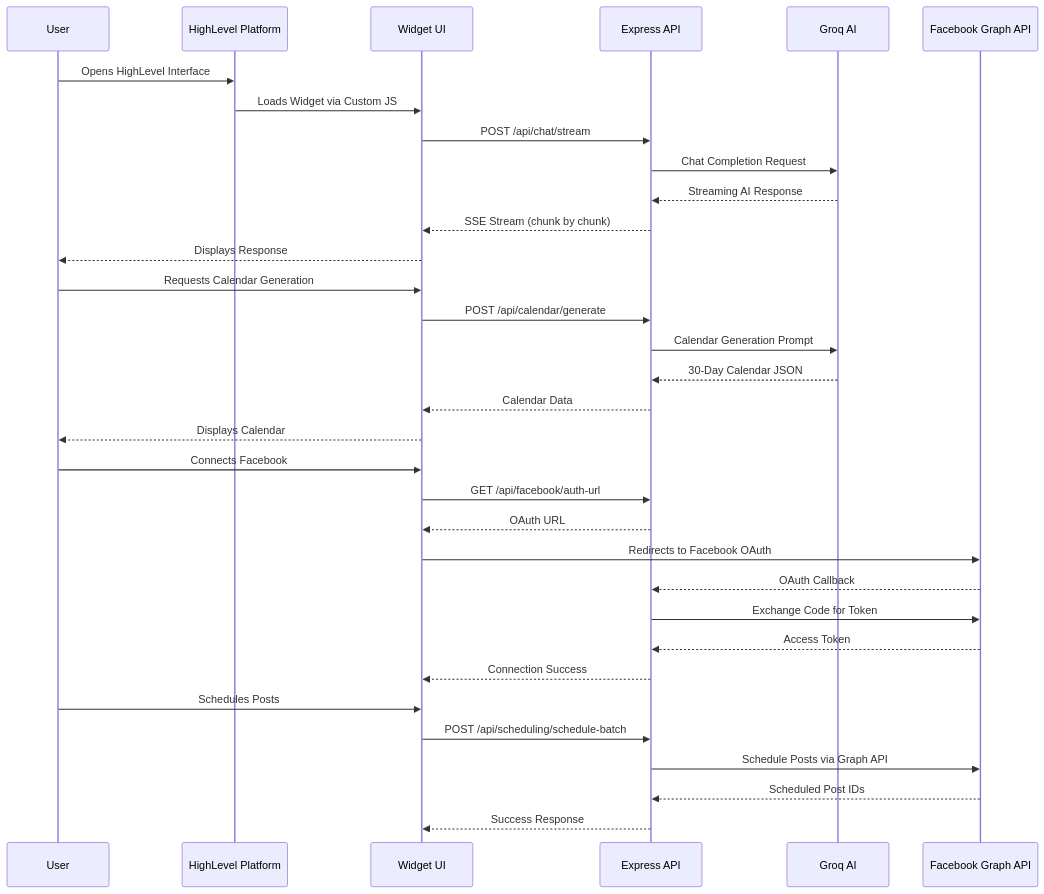
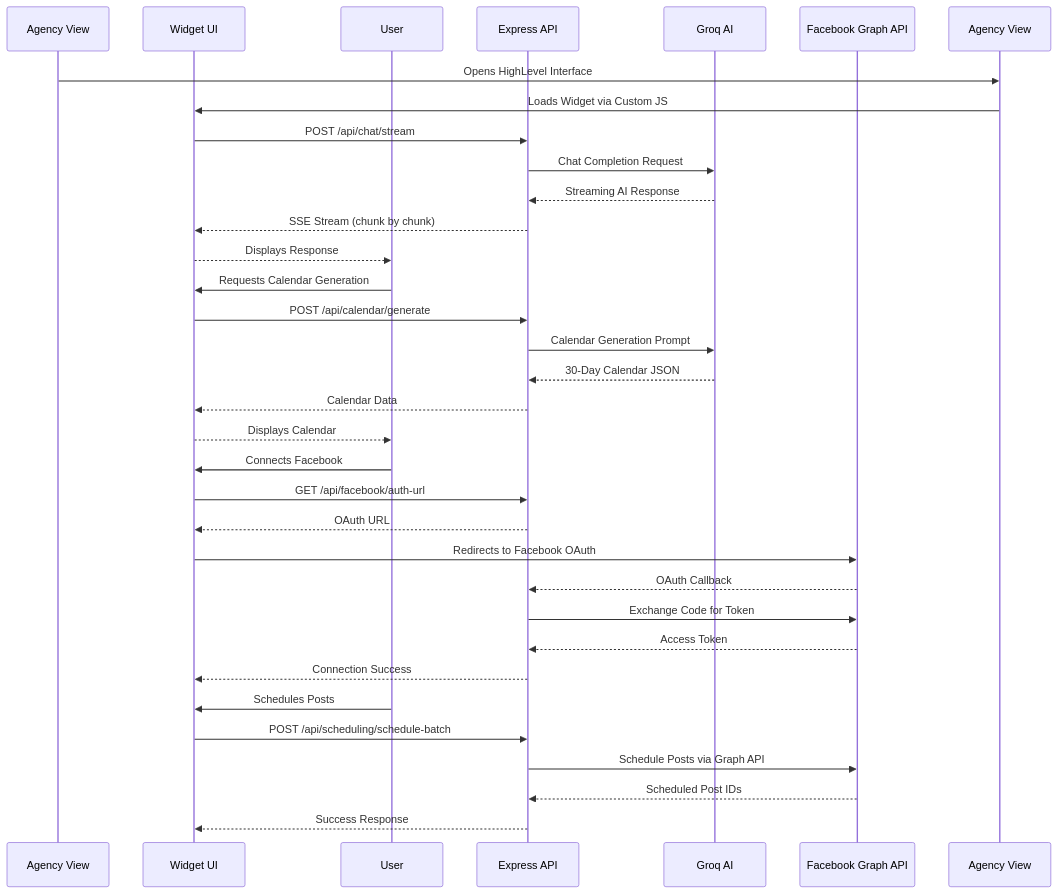
The second of 3 diagrams in README.md (trials009/hl-copilot), drawn with Mermaid before and after one commit. The commit also changed other lines of this file, not shown here.

````diff
--- a/README.md
+++ b/README.md
@@ -47,39 +47,39 @@
 ```mermaid
 sequenceDiagram
+    participant Admin as Agency View
+    participant Widget as Widget UI
     participant User
-    participant HL as HighLevel Platform
-    participant Widget as Widget UI
     participant API as Express API
     participant Groq as Groq AI
     participant FB as Facebook Graph API
     
-    User->>HL: Opens HighLevel Interface
-    HL->>Widget: Loads Widget via Custom JS
+    Admin->>Agency View: Opens HighLevel Interface
+    Agency View->>Widget: Loads Widget via Custom JS
     Widget->>API: POST /api/chat/stream
     API->>Groq: Chat Completion Request
     Groq-->>API: Streaming AI Response
     API-->>Widget: SSE Stream (chunk by chunk)
     Widget-->>User: Displays Response
     
     User->>Widget: Requests Calendar Generation
     Widget->>API: POST /api/calendar/generate
     API->>Groq: Calendar Generation Prompt
     Groq-->>API: 30-Day Calendar JSON
     API-->>Widget: Calendar Data
     Widget-->>User: Displays Calendar
     
     User->>Widget: Connects Facebook
     Widget->>API: GET /api/facebook/auth-url
     API-->>Widget: OAuth URL
     Widget->>FB: Redirects to Facebook OAuth
     FB-->>API: OAuth Callback
     API->>FB: Exchange Code for Token
     FB-->>API: Access Token
     API-->>Widget: Connection Success
     
     User->>Widget: Schedules Posts
     Widget->>API: POST /api/scheduling/schedule-batch
     API->>FB: Schedule Posts via Graph API
     FB-->>API: Scheduled Post IDs
     API-->>Widget: Success Response
 ```
````
